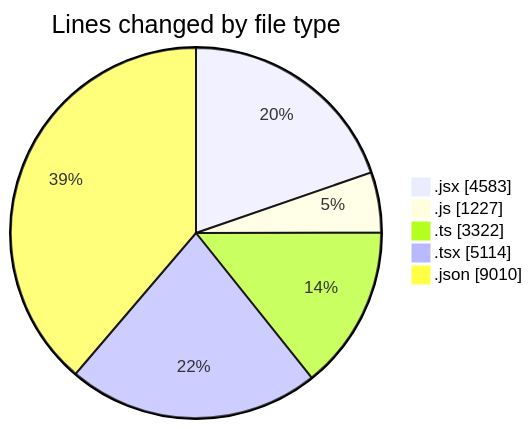
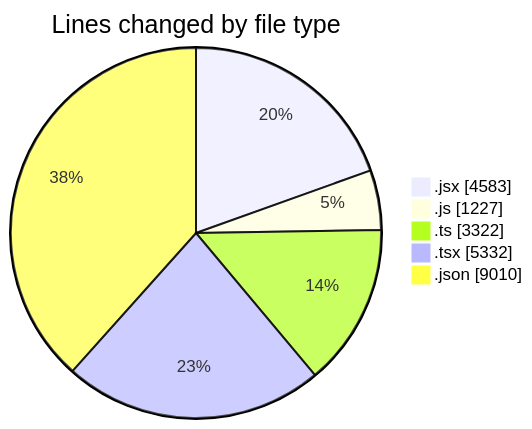
The first of 2 diagrams in 2026-01-21/nxtqube_webapp/README.md (nxtqubesakshisongat/code-tracking), drawn with Mermaid before and after one commit. The commit also changed other lines of this file and 1 other file, not shown here.

````diff
--- a/2026-01-21/nxtqube_webapp/README.md
+++ b/2026-01-21/nxtqube_webapp/README.md
@@ -34,9 +35,9 @@
 ```mermaid
 pie showData
 title Lines changed by file type
 ".jsx" : 4583
 ".js" : 1227
 ".ts" : 3322
-".tsx" : 5114
+".tsx" : 5332
 ".json" : 9010
 ```
````
